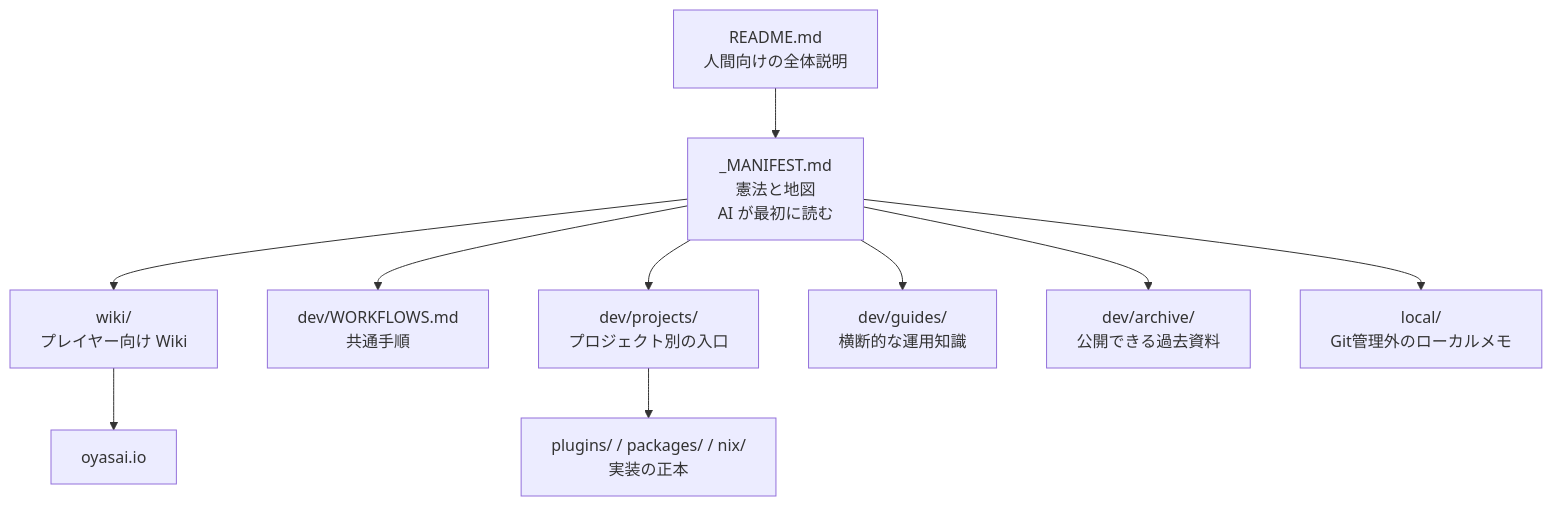
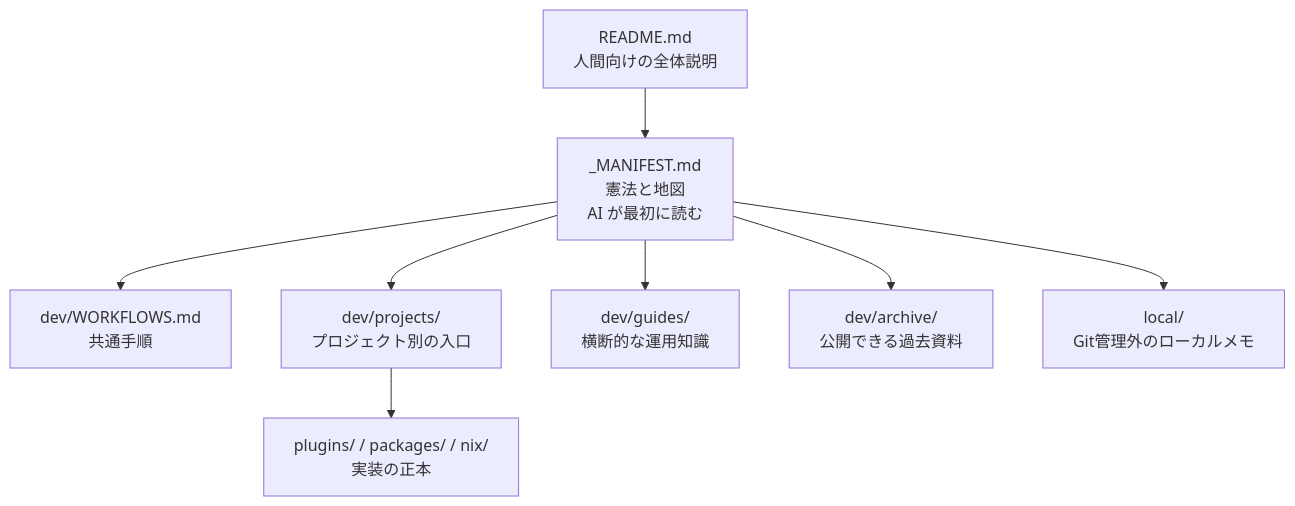
One commit to oyasaiserver/platform changed the diagram in docs/README.md. Above: the diagram before and after it, drawn with Mermaid. The commit also changed other lines of this file and 4 other files, not shown here.

````diff
--- a/docs/README.md
+++ b/docs/README.md
@@ -18,23 +15,19 @@
 ```mermaid
 flowchart TD
   Readme["README.md<br/>人間向けの全体説明"]
   Root["_MANIFEST.md<br/>憲法と地図<br/>AI が最初に読む"]
-  Wiki["wiki/<br/>プレイヤー向け Wiki"]
   Workflows["dev/WORKFLOWS.md<br/>共通手順"]
   Projects["dev/projects/<br/>プロジェクト別の入口"]
   Guides["dev/guides/<br/>横断的な運用知識"]
   Archive["dev/archive/<br/>公開できる過去資料"]
   Local["local/<br/>Git管理外のローカルメモ"]
   Impl["plugins/ / packages/ / nix/<br/>実装の正本"]
-  Site["oyasai.io"]
 
   Readme --> Root
-  Root --> Wiki
   Root --> Workflows
   Root --> Projects
   Root --> Guides
   Root --> Archive
   Root --> Local
   Projects --> Impl
-  Wiki --> Site
 ```
````
